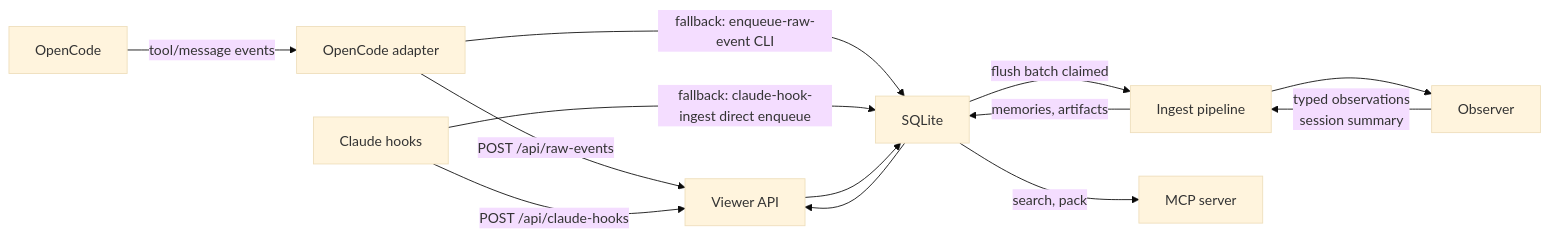
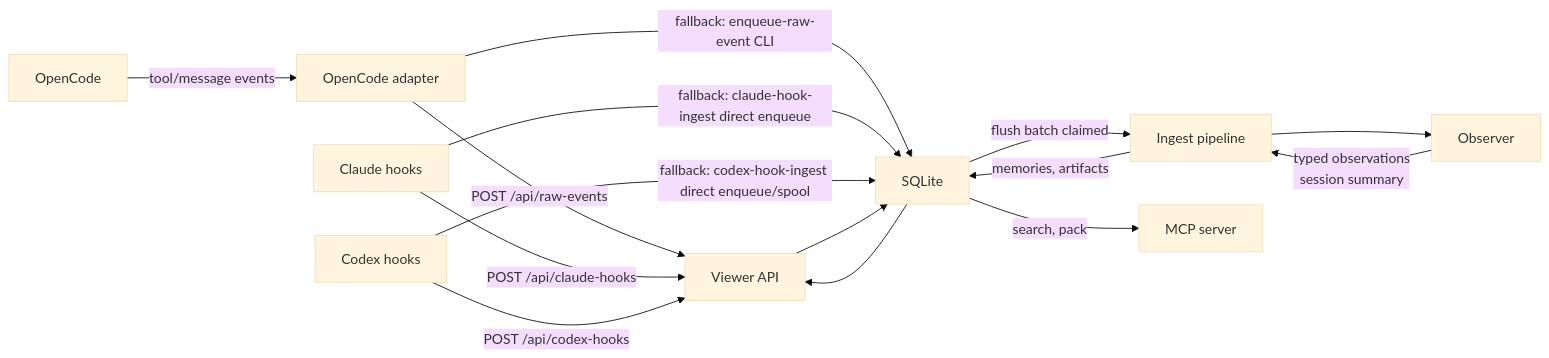
Before and after one commit to kunickiaj/codemem: the first of 4 diagrams in docs/architecture.md, drawn with Mermaid (base theme). The commit also changed other lines of this file and 5 other files, not shown here.

Commit message:
feat(codex): map hook events

````diff
--- a/docs/architecture.md
+++ b/docs/architecture.md
@@ -23,15 +23,17 @@
 ```mermaid
 flowchart LR
     OC["OpenCode"] -->|tool/message events| OCA["OpenCode adapter"]
     OCA -->|POST /api/raw-events| VW["Viewer API"]
     OCA -->|fallback: enqueue-raw-event CLI| DB
     CH["Claude hooks"] -->|POST /api/claude-hooks| VW
     CH -->|fallback: claude-hook-ingest direct enqueue| DB
+    CX["Codex hooks"] -->|POST /api/codex-hooks| VW
+    CX -->|fallback: codex-hook-ingest direct enqueue/spool| DB
     VW --> DB["SQLite"]
     DB -->|flush batch claimed| IN["Ingest pipeline"]
     IN --> OB["Observer"]
     OB -->|typed observations\nsession summary| IN
     IN -->|memories, artifacts| DB
     DB -->|search, pack| MCP["MCP server"]
     DB --> VW
 ```
````
